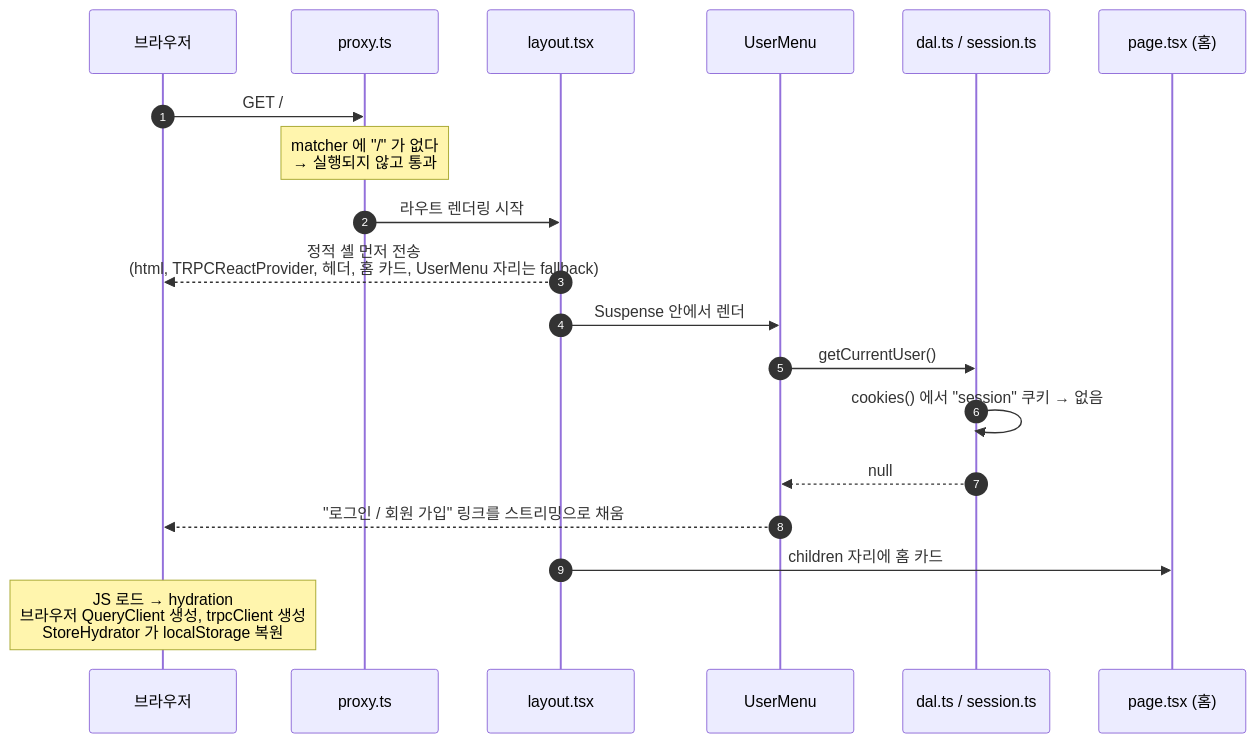
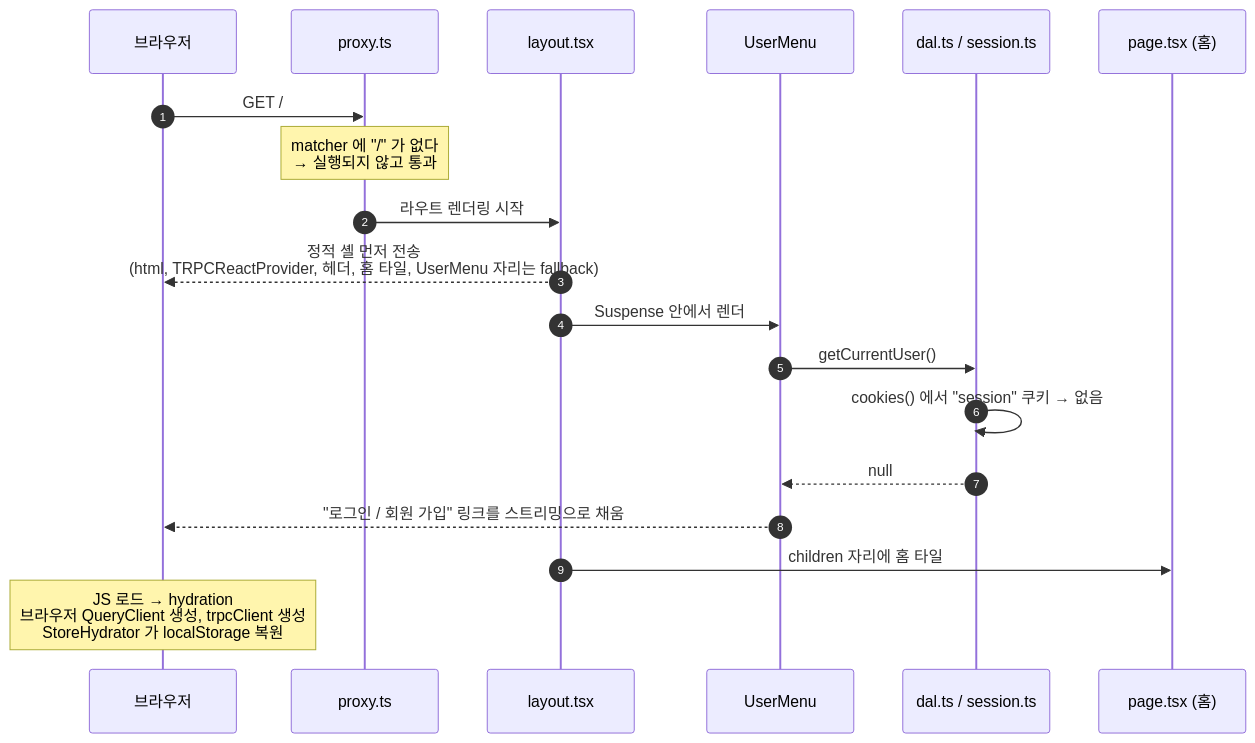
One commit to kspark-sqisoft/next-js-study-app changed the third of 37 diagrams in docs/CODE_WALKTHROUGH.md. Above: the diagram before and after it, drawn with Mermaid. The commit also changed other lines of this file and 11 other files, not shown here.

````diff
--- a/docs/CODE_WALKTHROUGH.md
+++ b/docs/CODE_WALKTHROUGH.md
@@ -204,22 +204,22 @@
 ```mermaid
 sequenceDiagram
   autonumber
   participant B as 브라우저
   participant P as proxy.ts
   participant L as layout.tsx
   participant U as UserMenu
   participant D as dal.ts / session.ts
   participant Pg as page.tsx (홈)
 
   B->>P: GET /
   Note over P: matcher 에 "/" 가 없다<br/>→ 실행되지 않고 통과
   P->>L: 라우트 렌더링 시작
-  L-->>B: 정적 셸 먼저 전송<br/>(html, TRPCReactProvider, 헤더, 홈 카드, UserMenu 자리는 fallback)
+  L-->>B: 정적 셸 먼저 전송<br/>(html, TRPCReactProvider, 헤더, 홈 타일, UserMenu 자리는 fallback)
   L->>U: Suspense 안에서 렌더
   U->>D: getCurrentUser()
   D->>D: cookies() 에서 "session" 쿠키 → 없음
   D-->>U: null
   U-->>B: "로그인 / 회원 가입" 링크를 스트리밍으로 채움
-  L->>Pg: children 자리에 홈 카드
+  L->>Pg: children 자리에 홈 타일
   Note over B: JS 로드 → hydration<br/>브라우저 QueryClient 생성, trpcClient 생성<br/>StoreHydrator 가 localStorage 복원
 ```
````
